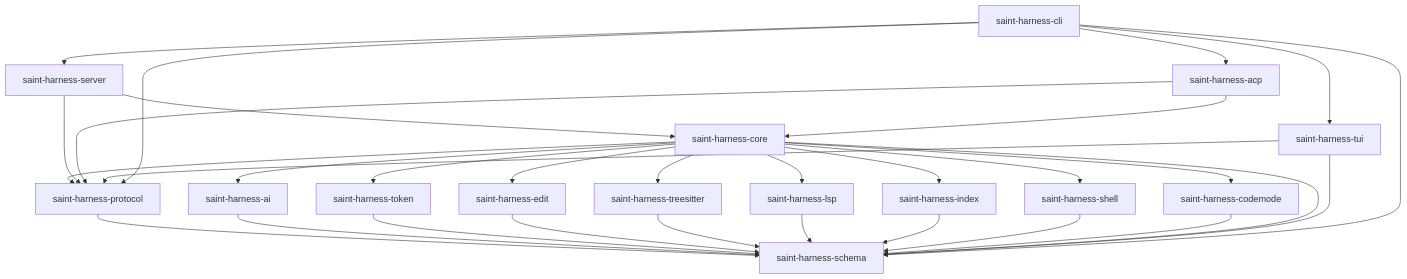
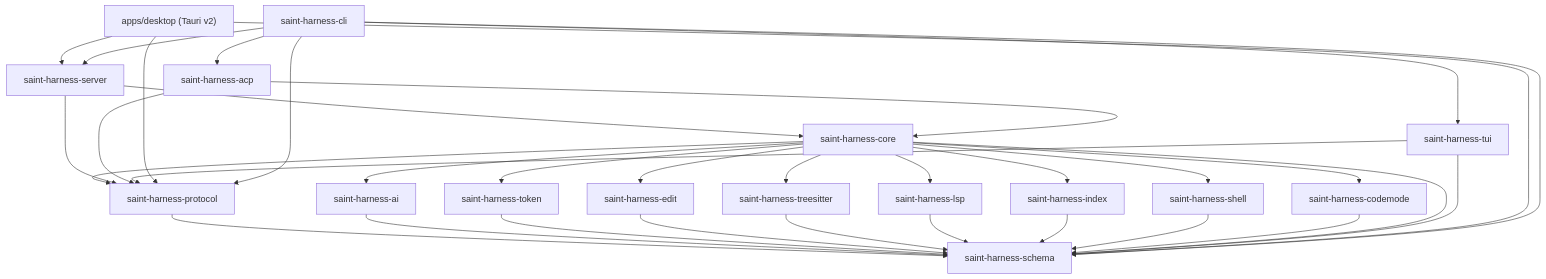
The diagram in README.md (Locotine/SaintHarness), drawn with Mermaid before and after one commit. The commit also changed other lines of this file, not shown here.

Commit message:
docs(readme): prioritize Desktop App (GUI), mark Terminal CLI/TUI as Beta, and align v0.2.0 install instructions

````diff
--- a/README.md
+++ b/README.md
@@ -325,52 +264,57 @@
 ```mermaid
 flowchart TD
     schema["saint-harness-schema"]
     protocol["saint-harness-protocol"]
     ai["saint-harness-ai"]
     token["saint-harness-token"]
     edit["saint-harness-edit"]
     ts["saint-harness-treesitter"]
     lsp["saint-harness-lsp"]
     index["saint-harness-index"]
     shell["saint-harness-shell"]
     code["saint-harness-codemode"]
     core["saint-harness-core"]
     server["saint-harness-server"]
     acp["saint-harness-acp"]
     tui["saint-harness-tui"]
     cli["saint-harness-cli"]
+    desktop["apps/desktop (Tauri v2)"]
 
     protocol --> schema
     ai --> schema
     token --> schema
     edit --> schema
     ts --> schema
     lsp --> schema
     index --> schema
     shell --> schema
     code --> schema
 
     core --> schema
     core --> protocol
     core --> ai
     core --> token
     core --> edit
     core --> ts
     core --> lsp
     core --> index
     core --> shell
     core --> code
 
     server --> core
     server --> protocol
     acp --> core
     acp --> protocol
     tui --> protocol
     tui --> schema
 
+    desktop --> server
+    desktop --> protocol
+    desktop --> schema
+
     cli --> tui
     cli --> server
     cli --> acp
     cli --> protocol
     cli --> schema
 ```
````
